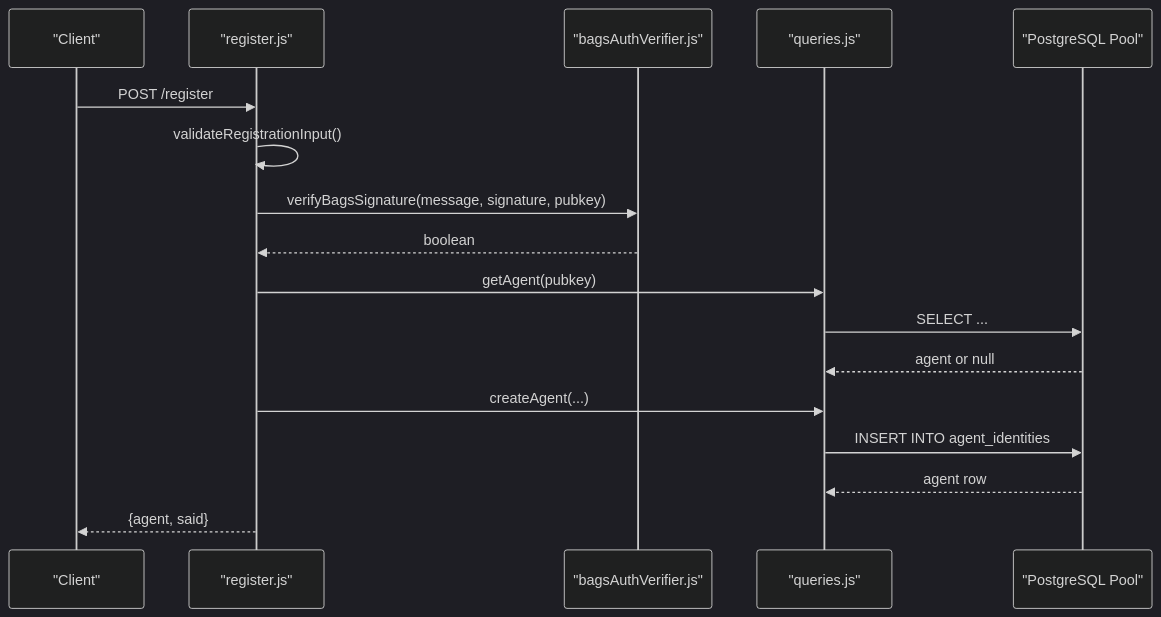
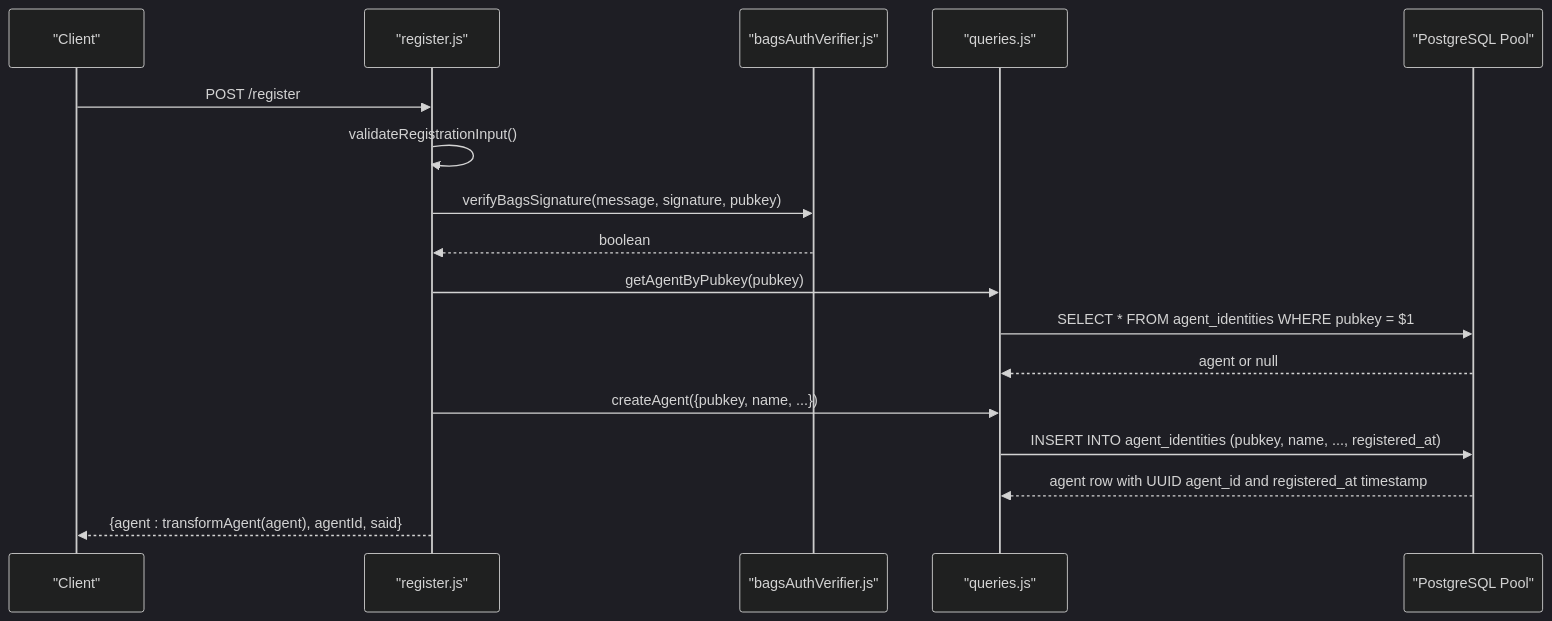
One commit to RunTimeAdmin/AgentID changed the fourth of 9 diagrams in .qoder/repowiki/en/content/Database Design/Database Design.md. Above: the diagram before and after it, drawn with Mermaid (dark theme). The commit also changed other lines of this file and 31 other files, not shown here.

````diff
--- a/.qoder/repowiki/en/content/Database Design/Database Design.md
+++ b/.qoder/repowiki/en/content/Database Design/Database Design.md
@@ -357,19 +406,19 @@
 ```mermaid
 sequenceDiagram
 participant Client as "Client"
 participant Routes as "register.js"
 participant Verifier as "bagsAuthVerifier.js"
 participant Queries as "queries.js"
 participant DB as "PostgreSQL Pool"
 Client->>Routes : POST /register
 Routes->>Routes : validateRegistrationInput()
 Routes->>Verifier : verifyBagsSignature(message, signature, pubkey)
 Verifier-->>Routes : boolean
-Routes->>Queries : getAgent(pubkey)
-Queries->>DB : SELECT ...
+Routes->>Queries : getAgentByPubkey(pubkey)
+Queries->>DB : SELECT * FROM agent_identities WHERE pubkey = $1
 DB-->>Queries : agent or null
-Routes->>Queries : createAgent(...)
-Queries->>DB : INSERT INTO agent_identities
-DB-->>Queries : agent row
-Routes-->>Client : {agent, said}
+Routes->>Queries : createAgent({pubkey, name, ...})
+Queries->>DB : INSERT INTO agent_identities (pubkey, name, ..., registered_at)
+DB-->>Queries : agent row with UUID agent_id and registered_at timestamp
+Routes-->>Client : {agent : transformAgent(agent), agentId, said}
 ```
````
